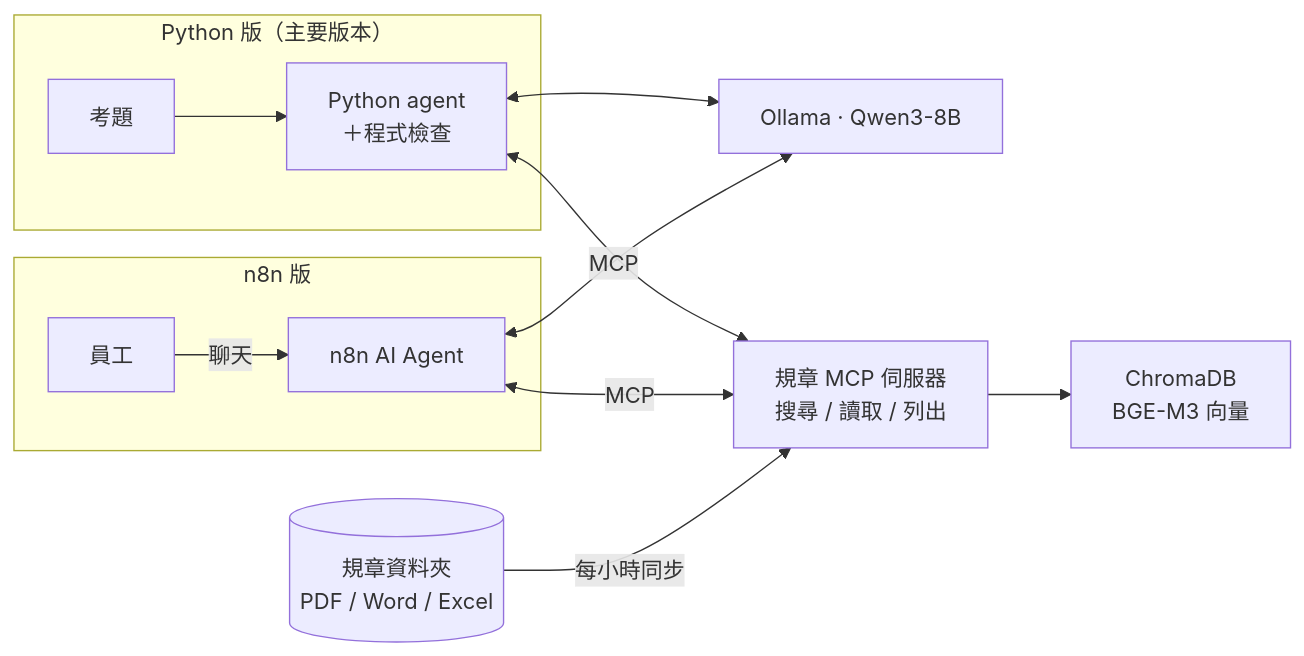
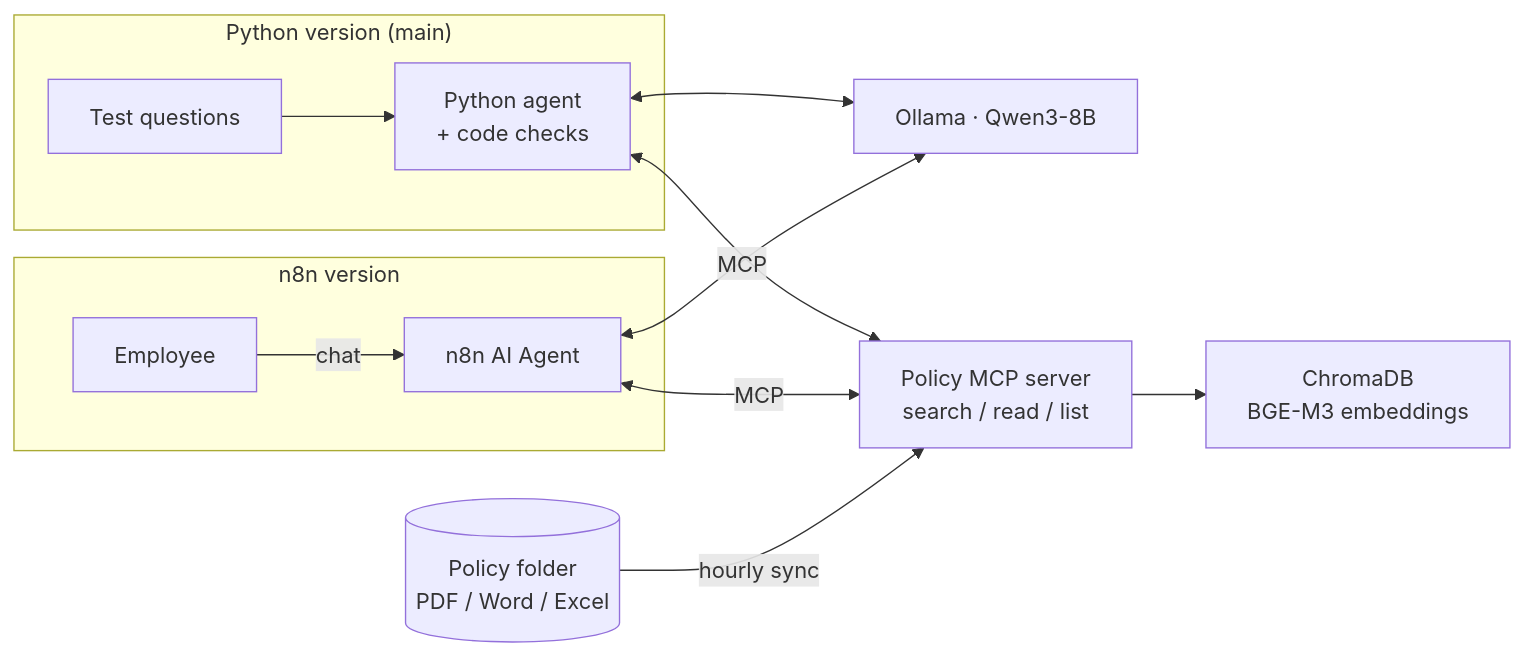
One commit to didiwannasleep0117/policy-agent-demo changed the diagram in README.md. Above: the diagram before and after it, drawn with Mermaid. The commit also changed other lines of this file and 11 other files, not shown here.

````diff
--- a/README.md
+++ b/README.md
@@ -18,15 +20,15 @@
 ```mermaid
 flowchart LR
-    subgraph EVAL["Python 版（主要版本）"]
-        Q["考題"] --> PY["Python agent<br/>＋程式檢查"]
+    subgraph EVAL["Python version (main)"]
+        Q["Test questions"] --> PY["Python agent<br/>+ code checks"]
     end
-    subgraph DEPLOY["n8n 版"]
-        U[員工] -->|聊天| N8N["n8n AI Agent"]
+    subgraph DEPLOY["n8n version"]
+        U[Employee] -->|chat| N8N["n8n AI Agent"]
     end
     PY <--> LLM["Ollama · Qwen3-8B"]
     N8N <--> LLM
-    PY <-->|MCP| MCP["規章 MCP 伺服器<br/>搜尋 / 讀取 / 列出"]
+    PY <-->|MCP| MCP["Policy MCP server<br/>search / read / list"]
     N8N <-->|MCP| MCP
-    MCP --> IDX["ChromaDB<br/>BGE-M3 向量"]
-    DOCS[("規章資料夾<br/>PDF / Word / Excel")] -->|每小時同步| MCP
+    MCP --> IDX["ChromaDB<br/>BGE-M3 embeddings"]
+    DOCS[("Policy folder<br/>PDF / Word / Excel")] -->|hourly sync| MCP
 ```
````
